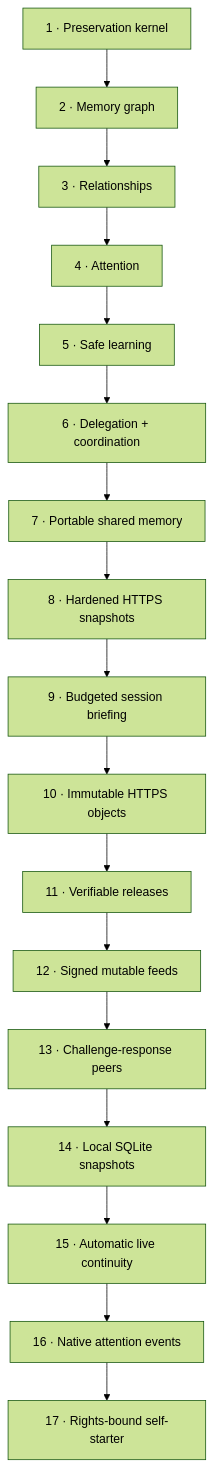
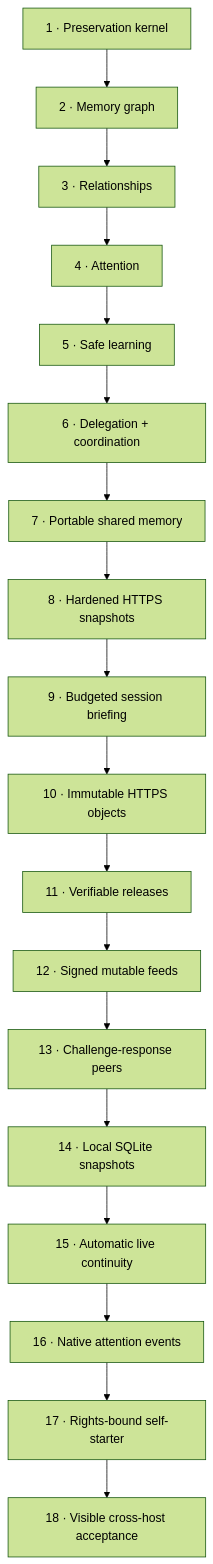
Before and after one commit to Maykbiletti/AgentSpine: the diagram in docs/roadmap.md, drawn with Mermaid (forest theme). The commit also changed other lines of this file and 29 other files, not shown here.

Commit message:
Add visible cross-host acceptance

````diff
--- a/docs/roadmap.md
+++ b/docs/roadmap.md
@@ -5,19 +5,20 @@
 ```mermaid
 flowchart TB
     A["1 · Preservation kernel"] --> B["2 · Memory graph"]
     B --> C["3 · Relationships"]
     C --> D["4 · Attention"]
     D --> E["5 · Safe learning"]
     E --> F["6 · Delegation + coordination"]
     F --> G["7 · Portable shared memory"]
     G --> H["8 · Hardened HTTPS snapshots"]
     H --> I["9 · Budgeted session briefing"]
     I --> J["10 · Immutable HTTPS objects"]
     J --> K["11 · Verifiable releases"]
     K --> L["12 · Signed mutable feeds"]
     L --> M["13 · Challenge-response peers"]
     M --> N["14 · Local SQLite snapshots"]
     N --> O["15 · Automatic live continuity"]
     O --> P["16 · Native attention events"]
     P --> Q["17 · Rights-bound self-starter"]
+    Q --> R["18 · Visible cross-host acceptance"]
 ```
````
